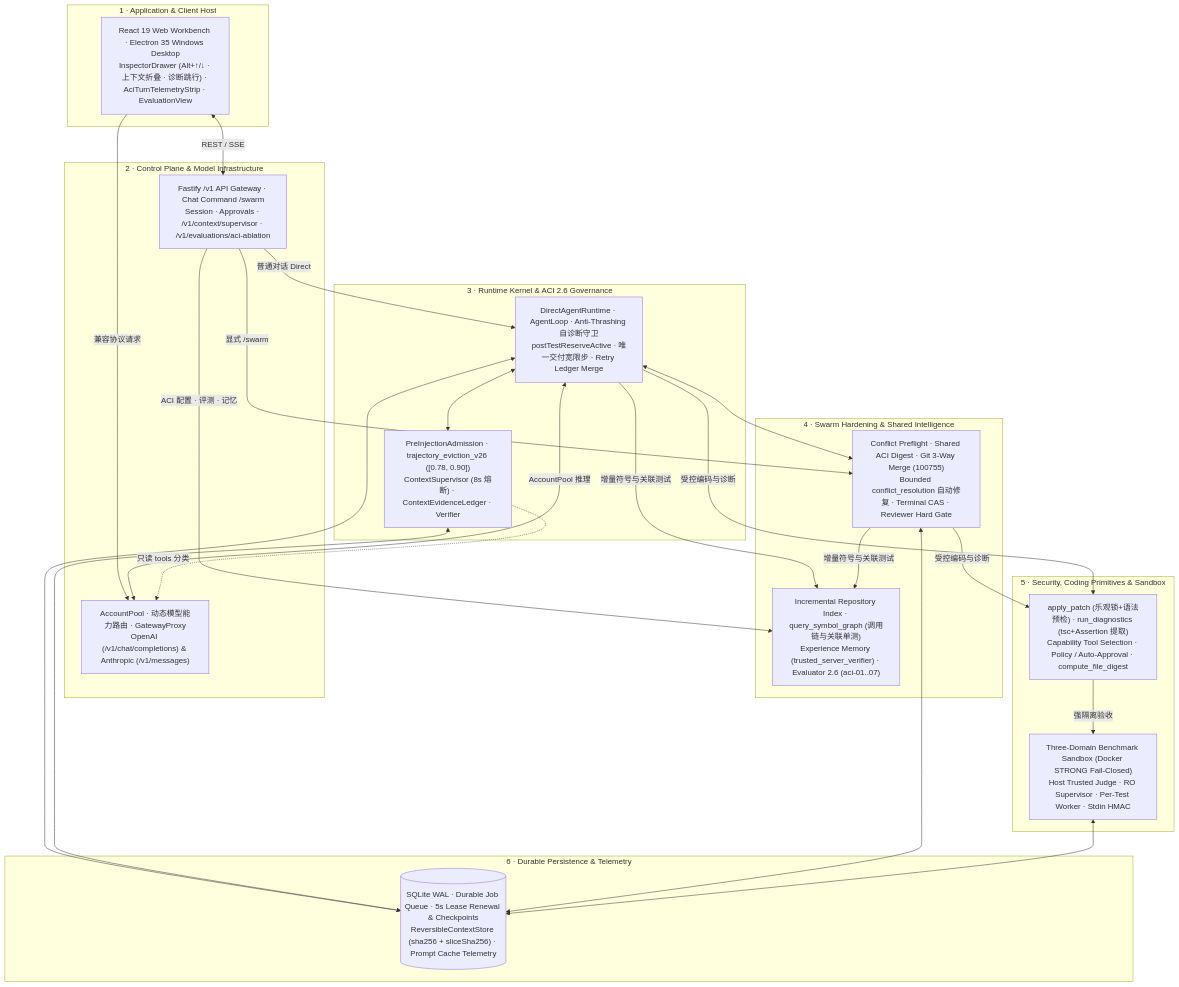
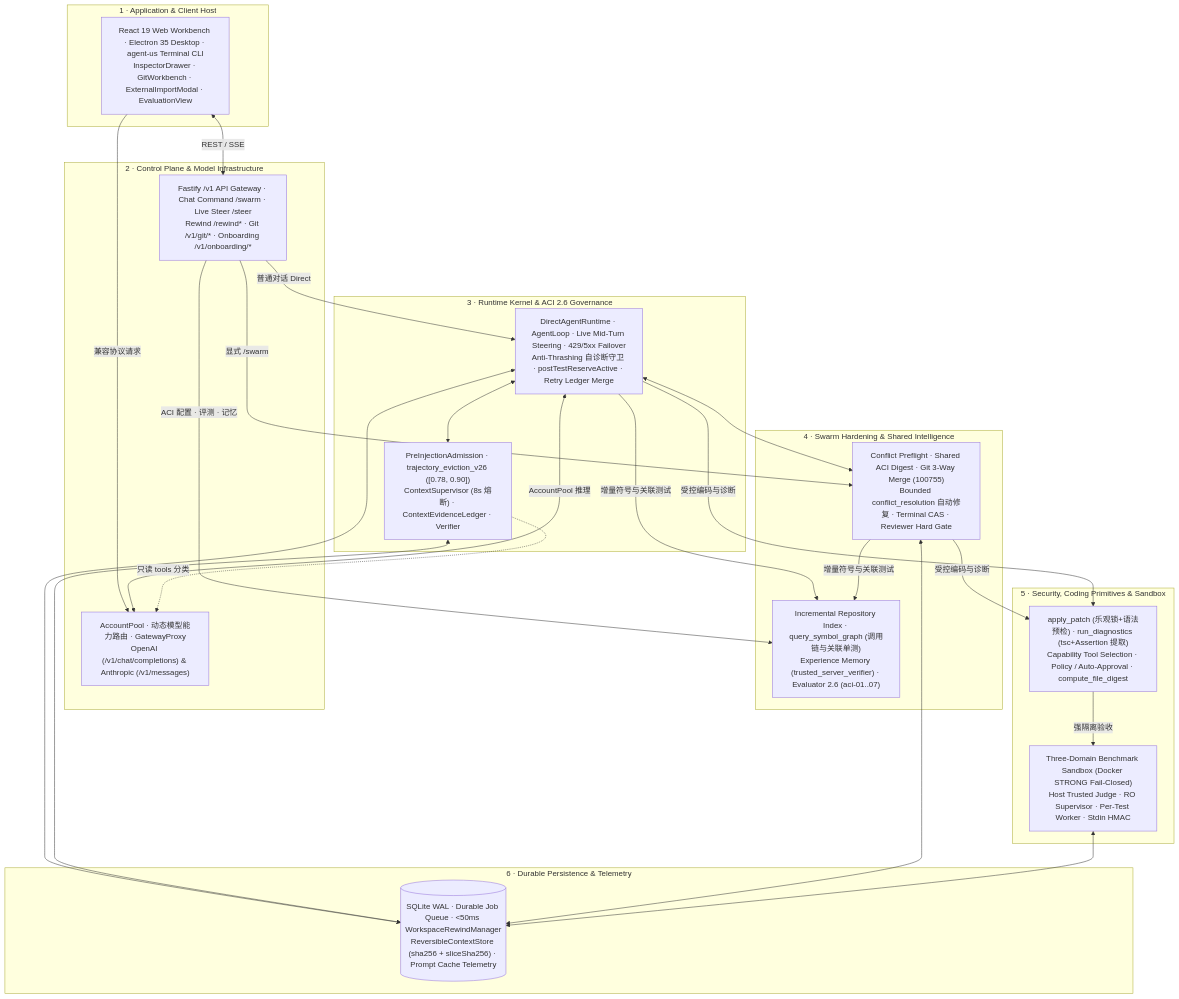
Before and after one commit to Eternite-0/Agent_US: the second of 2 diagrams in README.md, drawn with Mermaid. The commit also changed other lines of this file, not shown here.

Commit message:
docs: update README with Agent_US 3.0 capabilities and verification metrics

````diff
--- a/README.md
+++ b/README.md
@@ -122,44 +131,44 @@
 ```mermaid
 flowchart TB
     subgraph L1["1 · Application & Client Host"]
-        CLIENT["React 19 Web Workbench · Electron 35 Windows Desktop\nInspectorDrawer (Alt+↑/↓ · 上下文折叠 · 诊断跳行) · AciTurnTelemetryStrip · EvaluationView"]
+        CLIENT["React 19 Web Workbench · Electron 35 Desktop · agent-us Terminal CLI\nInspectorDrawer · GitWorkbench · ExternalImportModal · EvaluationView"]
     end
 
     subgraph L2["2 · Control Plane & Model Infrastructure"]
-        API["Fastify /v1 API Gateway · Chat Command /swarm\nSession · Approvals · /v1/context/supervisor · /v1/evaluations/aci-ablation"]
+        API["Fastify /v1 API Gateway · Chat Command /swarm · Live Steer /steer\nRewind /rewind* · Git /v1/git/* · Onboarding /v1/onboarding/*"]
         POOL["AccountPool · 动态模型能力路由 · GatewayProxy\nOpenAI (/v1/chat/completions) & Anthropic (/v1/messages)"]
     end
 
     subgraph L3["3 · Runtime Kernel & ACI 2.6 Governance"]
-        KERNEL["DirectAgentRuntime · AgentLoop · Anti-Thrashing 自诊断守卫\npostTestReserveActive · 唯一交付宽限步 · Retry Ledger Merge"]
+        KERNEL["DirectAgentRuntime · AgentLoop · Live Mid-Turn Steering · 429/5xx Failover\nAnti-Thrashing 自诊断守卫 · postTestReserveActive · Retry Ledger Merge"]
         ACI["PreInjectionAdmission · trajectory_eviction_v26 ([0.78, 0.90])\nContextSupervisor (8s 熔断) · ContextEvidenceLedger · Verifier"]
     end
 
     subgraph L4["4 · Swarm Hardening & Shared Intelligence"]
         SWARM["Conflict Preflight · Shared ACI Digest · Git 3-Way Merge (100755)\nBounded conflict_resolution 自动修复 · Terminal CAS · Reviewer Hard Gate"]
         SHARED["Incremental Repository Index · query_symbol_graph (调用链与关联单测)\nExperience Memory (trusted_server_verifier) · Evaluator 2.6 (aci-01..07)"]
     end
 
     subgraph L5["5 · Security, Coding Primitives & Sandbox"]
         TOOLING["apply_patch (乐观锁+语法预检) · run_diagnostics (tsc+Assertion 提取)\nCapability Tool Selection · Policy / Auto-Approval · compute_file_digest"]
         SANDBOX["Three-Domain Benchmark Sandbox (Docker STRONG Fail-Closed)\nHost Trusted Judge · RO Supervisor · Per-Test Worker · Stdin HMAC"]
     end
 
     subgraph L6["6 · Durable Persistence & Telemetry"]
-        STORE[("SQLite WAL · Durable Job Queue · 5s Lease Renewal & Checkpoints\nReversibleContextStore (sha256 + sliceSha256) · Prompt Cache Telemetry")]
+        STORE[("SQLite WAL · Durable Job Queue · <50ms WorkspaceRewindManager\nReversibleContextStore (sha256 + sliceSha256) · Prompt Cache Telemetry")]
     end
 
     CLIENT <-->|"REST / SSE"| API
     CLIENT -->|"兼容协议请求"| POOL
     API -->|"普通对话 Direct"| KERNEL
     API -->|"显式 /swarm"| SWARM
     API -->|"ACI 配置 · 评测 · 记忆"| SHARED
     KERNEL <--> ACI
     KERNEL <-->|"AccountPool 推理"| POOL
     ACI -.->|"只读 tools 分类"| POOL
     KERNEL <--> SWARM
     KERNEL & SWARM -->|"增量符号与关联测试"| SHARED
     KERNEL & SWARM -->|"受控编码与诊断"| TOOLING
     TOOLING -->|"强隔离验收"| SANDBOX
     KERNEL & ACI & SWARM & SANDBOX <--> STORE
 ```
````
